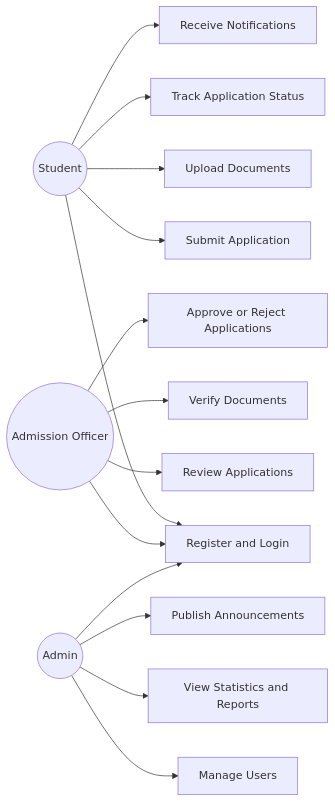
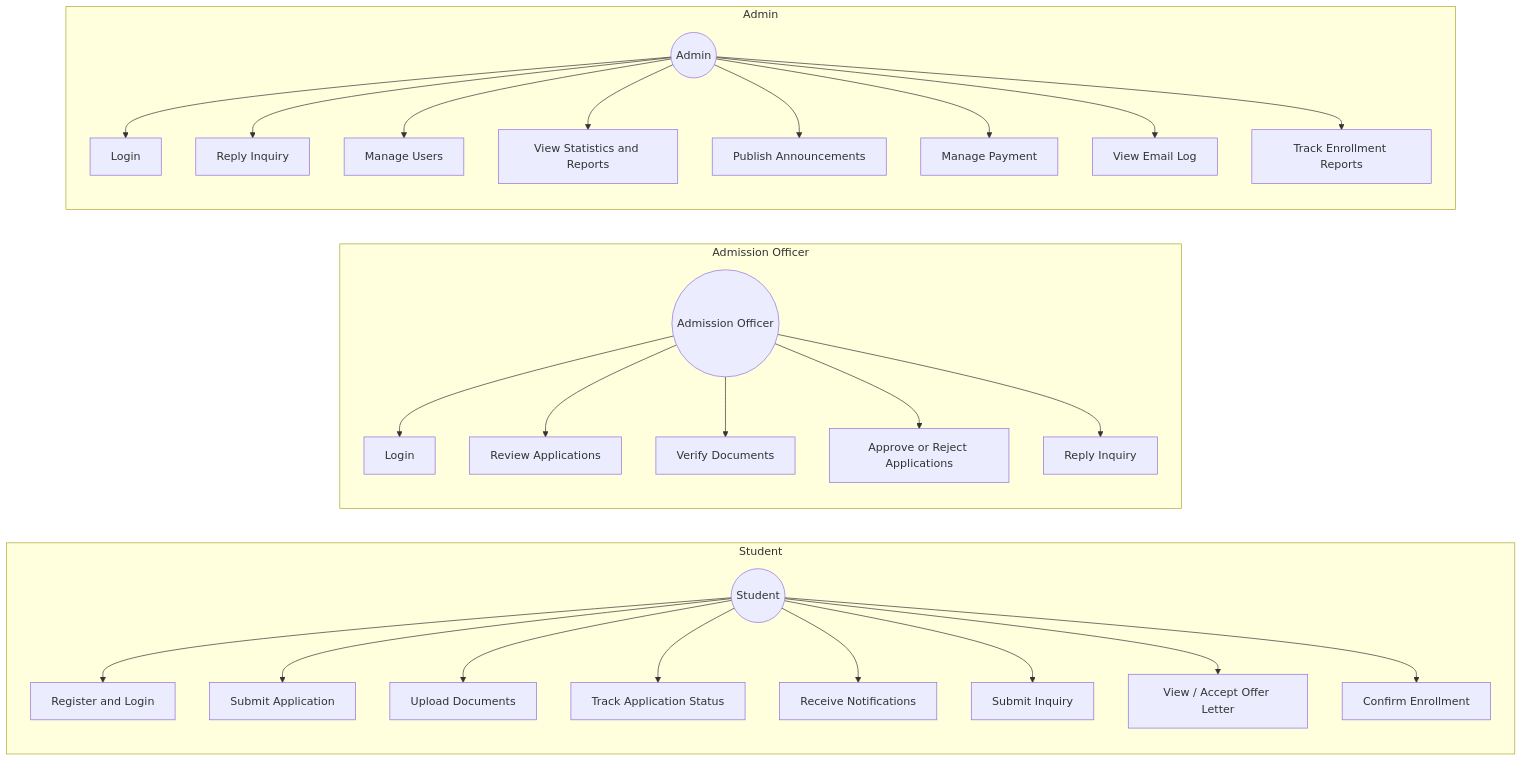
Before and after one commit to EthanYixuanMi/WKU-Admission-System: the second of 6 diagrams in README.md, drawn with Mermaid. The commit also changed other lines of this file, not shown here.

First line of the commit message:
Update README UML diagrams for expanded admission modules

````diff
--- a/README.md
+++ b/README.md
@@ -118,36 +126,62 @@
 ```mermaid
 flowchart LR
-    Student((Student))
-    Officer((Admission Officer))
-    Admin((Admin))
+    subgraph StudentArea[Student]
+        direction TB
+        Student((Student))
+        S1[Register and Login]
+        S2[Submit Application]
+        S3[Upload Documents]
+        S4[Track Application Status]
+        S5[Receive Notifications]
+        S6[Submit Inquiry]
+        S7[View / Accept Offer Letter]
+        S8[Confirm Enrollment]
 
-    UC1[Register and Login]
-    UC2[Submit Application]
-    UC3[Upload Documents]
-    UC4[Track Application Status]
-    UC5[Receive Notifications]
+        Student --> S1
+        Student --> S2
+        Student --> S3
+        Student --> S4
+        Student --> S5
+        Student --> S6
+        Student --> S7
+        Student --> S8
+    end
 
-    UC6[Review Applications]
-    UC7[Verify Documents]
-    UC8[Approve or Reject Applications]
+    subgraph OfficerArea[Admission Officer]
+        direction TB
+        Officer((Admission Officer))
+        O1[Login]
+        O2[Review Applications]
+        O3[Verify Documents]
+        O4[Approve or Reject Applications]
+        O5[Reply Inquiry]
 
-    UC9[Manage Users]
-    UC10[View Statistics and Reports]
-    UC11[Publish Announcements]
+        Officer --> O1
+        Officer --> O2
+        Officer --> O3
+        Officer --> O4
+        Officer --> O5
+    end
 
-    Student --> UC1
-    Student --> UC2
-    Student --> UC3
-    Student --> UC4
-    Student --> UC5
+    subgraph AdminArea[Admin]
+        direction TB
+        Admin((Admin))
+        A1[Login]
+        A2[Reply Inquiry]
+        A3[Manage Users]
+        A4[View Statistics and Reports]
+        A5[Publish Announcements]
+        A6[Manage Payment]
+        A7[View Email Log]
+        A8[Track Enrollment Reports]
 
-    Officer --> UC1
-    Officer --> UC6
-    Officer --> UC7
-    Officer --> UC8
-
-    Admin --> UC1
-    Admin --> UC9
-    Admin --> UC10
-    Admin --> UC11
+        Admin --> A1
+        Admin --> A2
+        Admin --> A3
+        Admin --> A4
+        Admin --> A5
+        Admin --> A6
+        Admin --> A7
+        Admin --> A8
+    end
 ```
````
